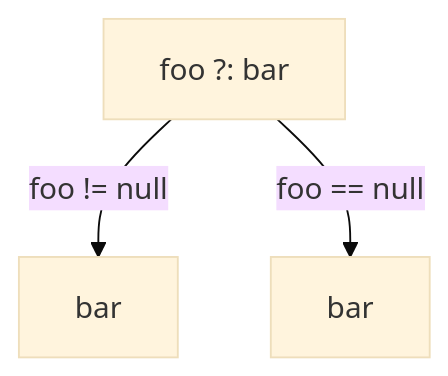
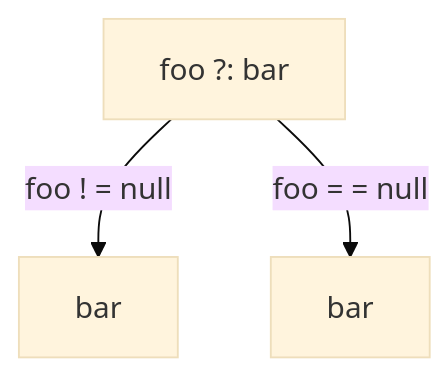
Before and after one commit to daverbk/kotlin: the second of 3 diagrams in .github/README.md, drawn with Mermaid (base theme). The commit also changed other lines of this file, not shown here.

````diff
--- a/.github/README.md
+++ b/.github/README.md
@@ -242,5 +558,5 @@
 ```mermaid
 flowchart TD
-    expression["foo ?: bar"] -->|foo != null| value["bar"]
-    expression -->|foo == null| null[bar]
+    expression["foo ?: bar"] -->|foo ! = null| value["bar"]
+    expression -->|foo = = null| null[bar]
 ```
````
